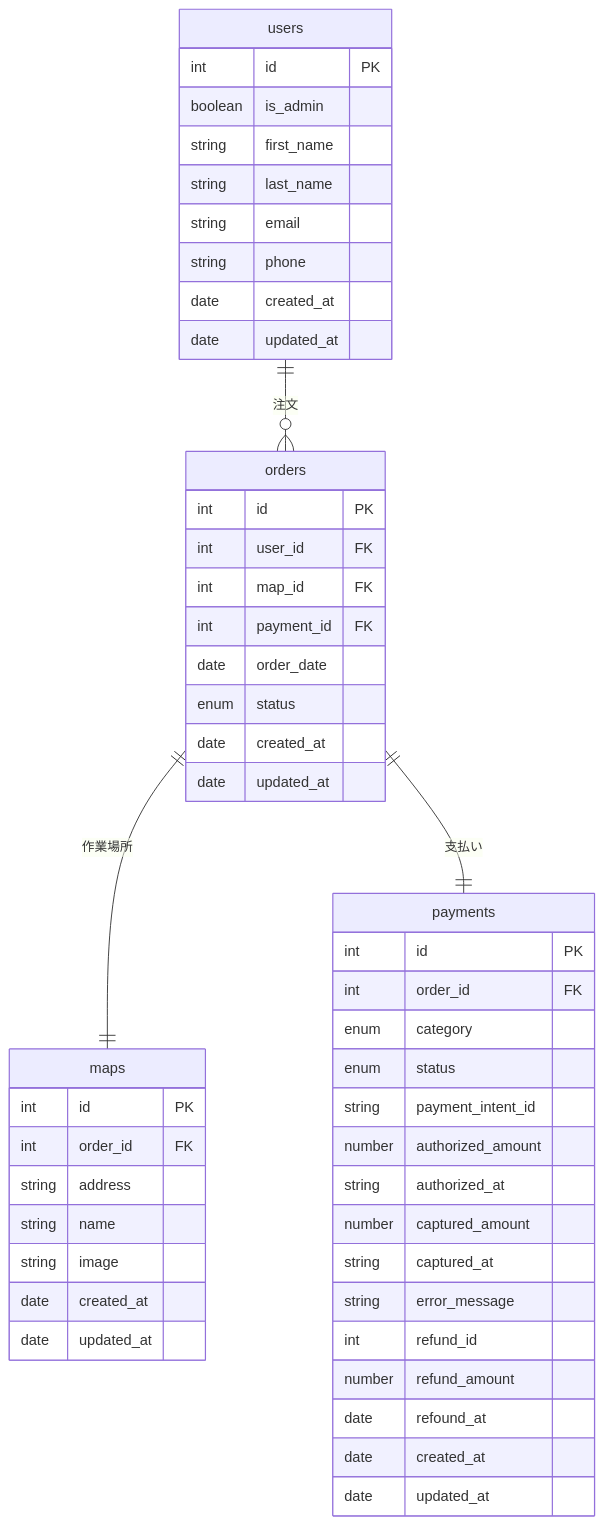
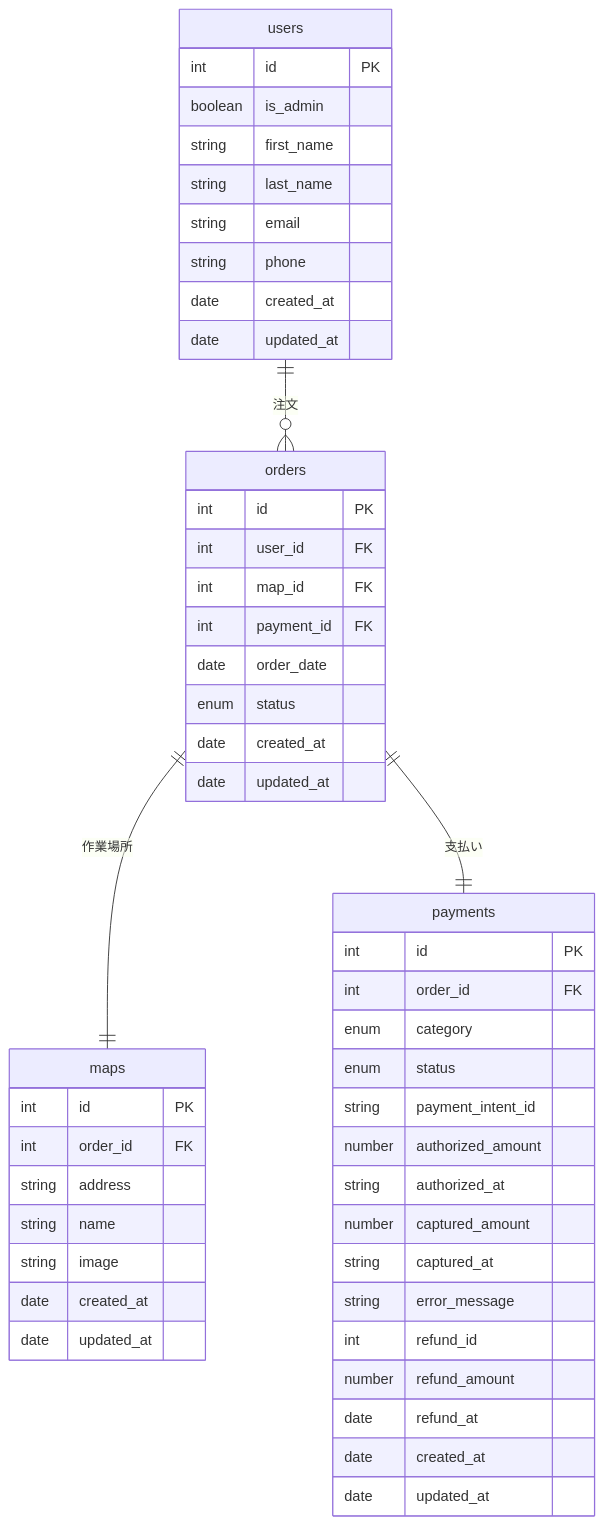
The diagram in docs/er.md (mitsukura/shikimori), drawn with Mermaid before and after one commit.

Commit message:
fix: スペルミス

````diff
--- a/docs/er.md
+++ b/docs/er.md
@@ -3,59 +3,59 @@
 ```mermaid
 erDiagram
 
 %% エンティティ定義
 users ||--o{ orders : "注文"
 orders ||--|| maps : "作業場所"
 orders ||--|| payments : "支払い"
 
 %% エンティティ詳細
 users {
   int id PK
   boolean is_admin
   string first_name
   string last_name
   string email
   string phone
   date created_at
   date updated_at
 }
 
 orders {
   int id PK
   int user_id FK
   int map_id FK
   int payment_id FK
   date order_date
   enum status
   date created_at
   date updated_at
 }
 
 maps{
   int id PK
   int order_id FK
   string address
   string name
   string image
   date created_at
   date updated_at
 }
 
 payments {
   int id PK
   int order_id FK
   enum category
   enum status
   string payment_intent_id
   number authorized_amount
   string authorized_at
   number captured_amount
   string captured_at
   string error_message
   int refund_id
   number refund_amount
-  date refound_at
+  date refund_at
   date created_at
   date updated_at
 }
 ```
````
